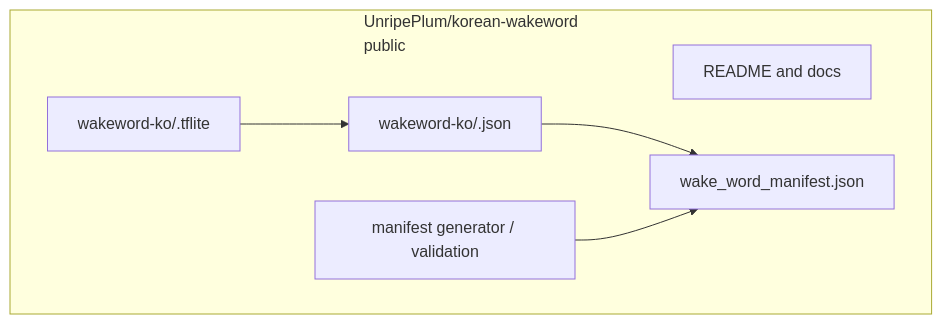
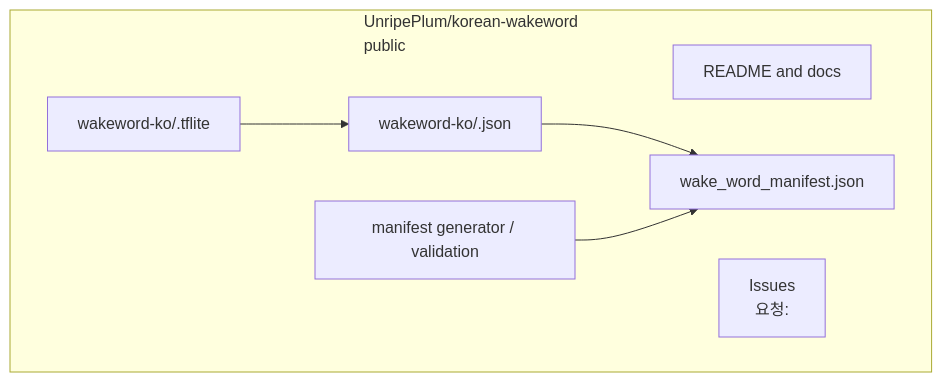
Before and after one commit to UnripePlum/korean-wakeword: the second of 2 diagrams in docs/ARCHITECTURE.md, drawn with Mermaid. The commit also changed other lines of this file and 3 other files, not shown here.

Commit message:
Define prod issue queue architecture

````diff
--- a/docs/ARCHITECTURE.md
+++ b/docs/ARCHITECTURE.md
@@ -21,14 +26,15 @@
 ```mermaid
 flowchart TD
     subgraph PROD["UnripePlum/korean-wakeword<br/>public"]
         A["README and docs"]
-        B["wakeword-ko/<slug>.json"]
-        C["wakeword-ko/<slug>.tflite"]
-        D["wake_word_manifest.json"]
-        E["manifest generator / validation"]
+        B["Issues<br/>요청: <wakeword>"]
+        C["wakeword-ko/<slug>.json"]
+        D["wakeword-ko/<slug>.tflite"]
+        E["wake_word_manifest.json"]
+        F["manifest generator / validation"]
     end
 
-    B --> D
-    C --> B
-    E --> D
+    C --> E
+    D --> C
+    F --> E
 ```
````
